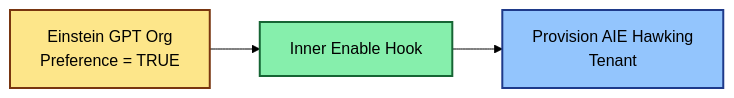
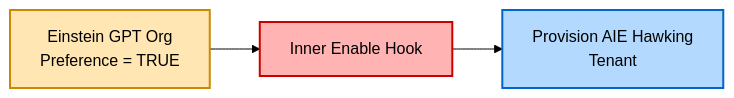
The tenth of 11 diagrams in agentforce/observability/README_Agentforce_Observability_System_Architecture.md (arupsarkar-sfdc/Misc), drawn with Mermaid (forest theme) before and after one commit. The commit also changed other lines of this file, not shown here.

Commit message:
Updated color scheme of all diagrams

````diff
--- a/agentforce/observability/README_Agentforce_Observability_System_Architecture.md
+++ b/agentforce/observability/README_Agentforce_Observability_System_Architecture.md
@@ -1076,9 +1076,9 @@
 ```mermaid
 graph LR
     A[Einstein GPT Org<br/>Preference = TRUE] --> B[Inner Enable Hook]
     B --> C[Provision AIE Hawking<br/>Tenant]
     
-    style A fill:#fde68a,stroke:#78350f,stroke-width:2px,color:#000
-    style B fill:#86efac,stroke:#166534,stroke-width:2px,color:#000
-    style C fill:#93c5fd,stroke:#1e3a8a,stroke-width:2px,color:#000
+    style A fill:#FFE6B3,stroke:#CC8800,stroke-width:2px,color:#000
+    style B fill:#FFB3B3,stroke:#CC0000,stroke-width:2px,color:#000
+    style C fill:#B3D9FF,stroke:#0066CC,stroke-width:2px,color:#000
 ```
````
